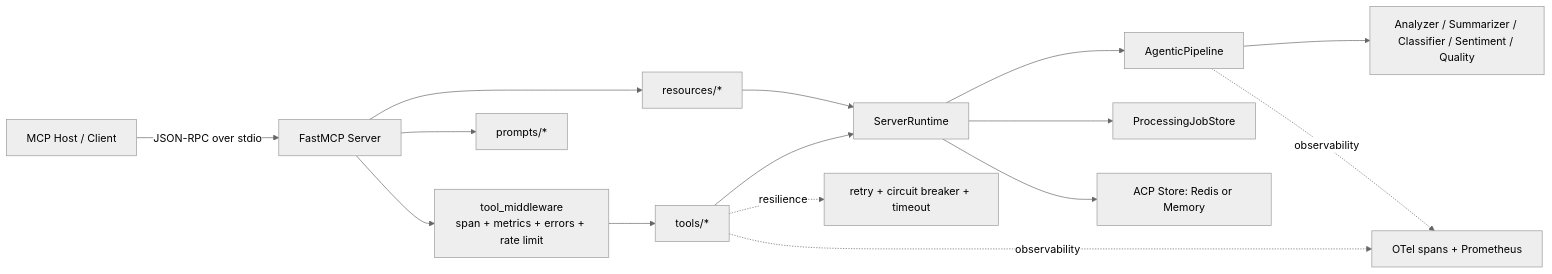
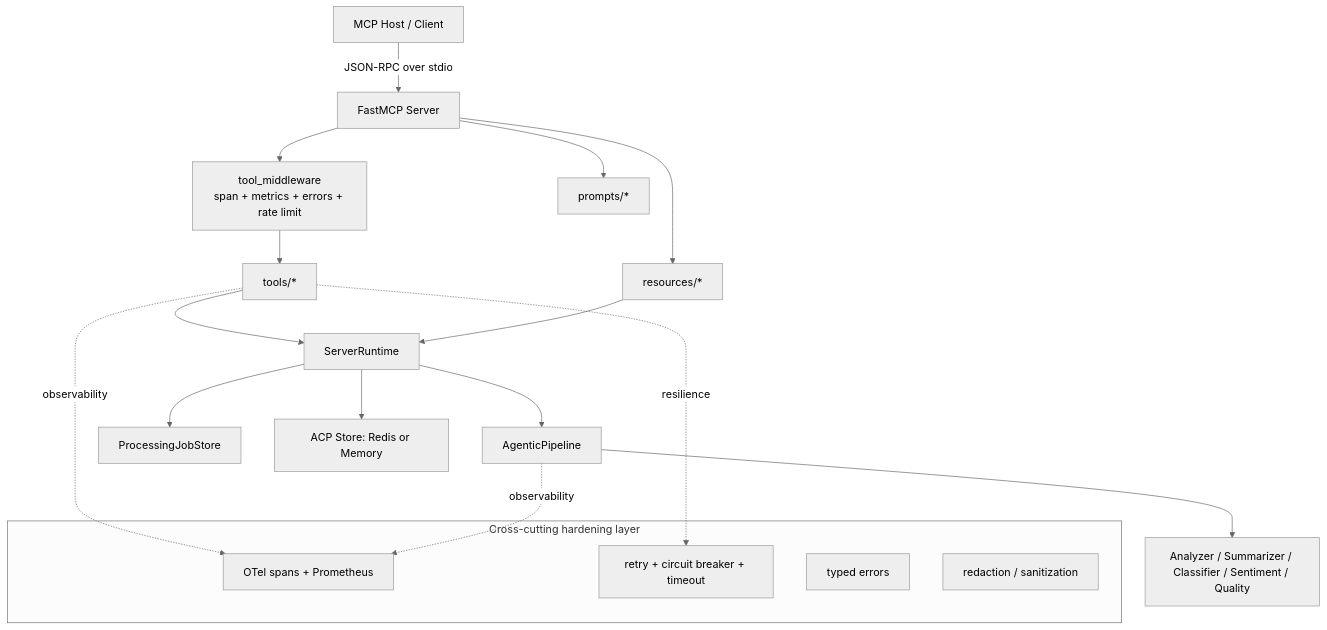
Before and after one commit to hoangsonww/AI-Gov-Content-Curator: the second of 18 diagrams in mcp_server/README.md, drawn with Mermaid (neutral theme). The commit also changed other lines of this file and 55 other files, not shown here.

````diff
--- a/mcp_server/README.md
+++ b/mcp_server/README.md
@@ -52,21 +100,29 @@
 ```mermaid
-flowchart LR
+flowchart TB
     Client[MCP Host / Client] -->|JSON-RPC over stdio| FastMCP[FastMCP Server]
+
     FastMCP --> MW[tool_middleware<br/>span + metrics + errors + rate limit]
     MW --> Tools[tools/*]
     FastMCP --> Resources[resources/*]
     FastMCP --> Prompts[prompts/*]
 
     Tools --> Runtime[ServerRuntime]
     Resources --> Runtime
 
     Runtime --> Pipeline[AgenticPipeline]
     Runtime --> JobStore[ProcessingJobStore]
     Runtime --> ACPStore[ACP Store: Redis or Memory]
 
     Pipeline --> Agents[Analyzer / Summarizer / Classifier / Sentiment / Quality]
 
     Tools -.observability.-> OTel[OTel spans + Prometheus]
     Pipeline -.observability.-> OTel
     Tools -.resilience.-> Guard[retry + circuit breaker + timeout]
+
+    subgraph Cross[Cross-cutting hardening layer]
+        OTel
+        Guard
+        Errors[typed errors]
+        Security[redaction / sanitization]
+    end
 ```
````
